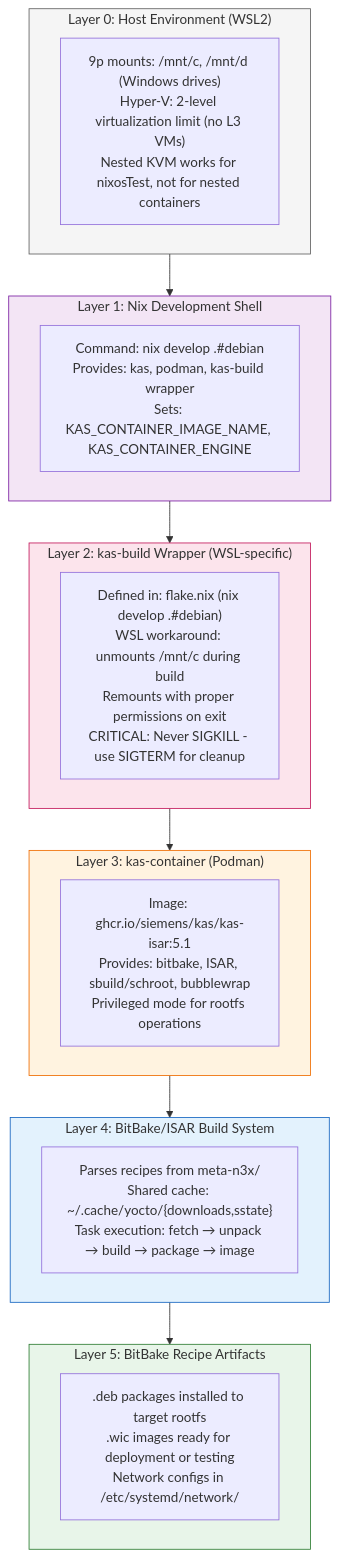
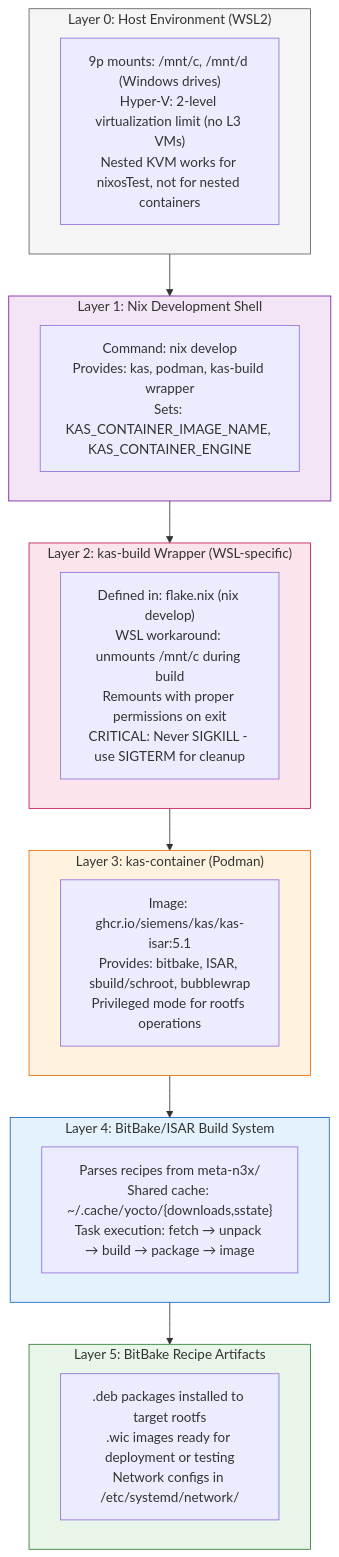
The diagram in backends/debian/README.md (kyosaku-kai/n3x), drawn with Mermaid before and after one commit. The commit also changed other lines of this file and 16 other files, not shown here.

````diff
--- a/backends/debian/README.md
+++ b/backends/debian/README.md
@@ -10,35 +10,35 @@
 ```mermaid
 flowchart TB
     subgraph L5["Layer 5: BitBake Recipe Artifacts"]
         L5_content[".deb packages installed to target rootfs<br/>.wic images ready for deployment or testing<br/>Network configs in /etc/systemd/network/"]
     end
 
     subgraph L4["Layer 4: BitBake/ISAR Build System"]
         L4_content["Parses recipes from meta-n3x/<br/>Shared cache: ~/.cache/yocto/{downloads,sstate}<br/>Task execution: fetch → unpack → build → package → image"]
     end
 
     subgraph L3["Layer 3: kas-container (Podman)"]
         L3_content["Image: ghcr.io/siemens/kas/kas-isar:5.1<br/>Provides: bitbake, ISAR, sbuild/schroot, bubblewrap<br/>Privileged mode for rootfs operations"]
     end
 
     subgraph L2["Layer 2: kas-build Wrapper (WSL-specific)"]
-        L2_content["Defined in: flake.nix (nix develop .#debian)<br/>WSL workaround: unmounts /mnt/c during build<br/>Remounts with proper permissions on exit<br/>CRITICAL: Never SIGKILL - use SIGTERM for cleanup"]
+        L2_content["Defined in: flake.nix (nix develop)<br/>WSL workaround: unmounts /mnt/c during build<br/>Remounts with proper permissions on exit<br/>CRITICAL: Never SIGKILL - use SIGTERM for cleanup"]
     end
 
     subgraph L1["Layer 1: Nix Development Shell"]
-        L1_content["Command: nix develop .#debian<br/>Provides: kas, podman, kas-build wrapper<br/>Sets: KAS_CONTAINER_IMAGE_NAME, KAS_CONTAINER_ENGINE"]
+        L1_content["Command: nix develop<br/>Provides: kas, podman, kas-build wrapper<br/>Sets: KAS_CONTAINER_IMAGE_NAME, KAS_CONTAINER_ENGINE"]
     end
 
     subgraph L0["Layer 0: Host Environment (WSL2)"]
         L0_content["9p mounts: /mnt/c, /mnt/d (Windows drives)<br/>Hyper-V: 2-level virtualization limit (no L3 VMs)<br/>Nested KVM works for nixosTest, not for nested containers"]
     end
 
     L0 --> L1 --> L2 --> L3 --> L4 --> L5
 
     style L5 fill:#e8f5e9,stroke:#2e7d32
     style L4 fill:#e3f2fd,stroke:#1565c0
     style L3 fill:#fff3e0,stroke:#ef6c00
     style L2 fill:#fce4ec,stroke:#c2185b
     style L1 fill:#f3e5f5,stroke:#7b1fa2
     style L0 fill:#f5f5f5,stroke:#616161
 ```
````
